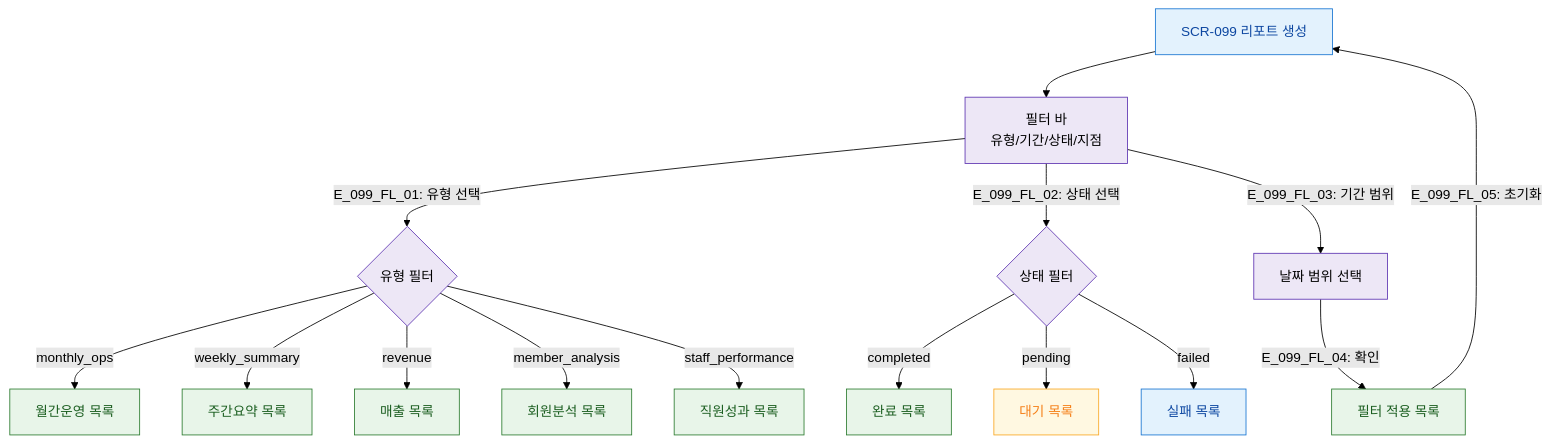
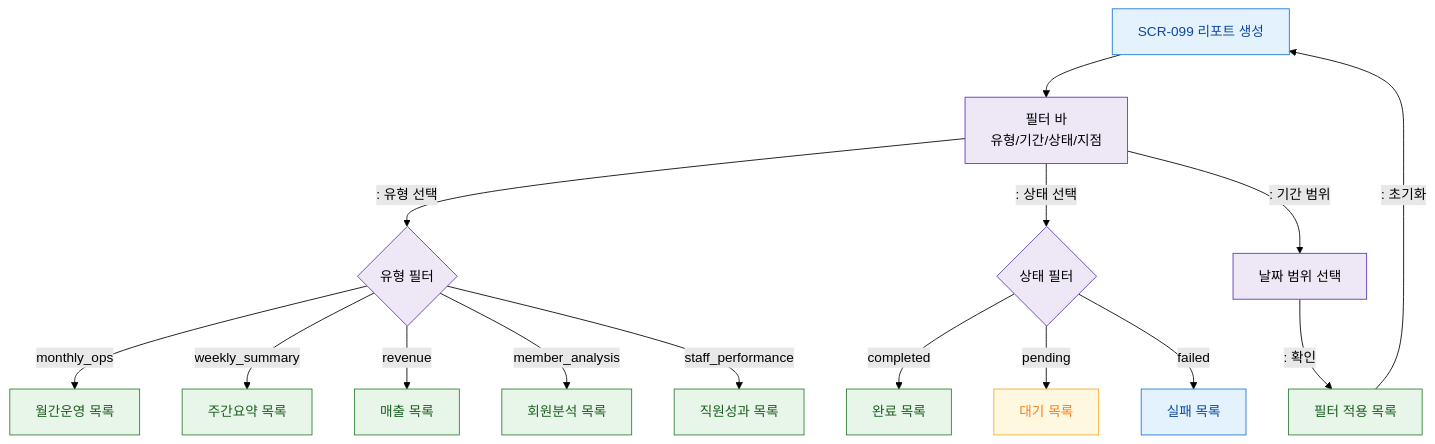
Before and after one commit to dev-spogym/admin-pando: the diagram in docs/다이어그램/D10_본사관리/SCR-099_리포트생성/F4_필터.md, drawn with Mermaid (forest theme). The commit also changed other lines of this file and 1660 other files, not shown here.

First line of the commit message:
다이어그램: 기획자/클라이언트 납품본으로 정리

````diff
--- a/docs/다이어그램/D10_본사관리/SCR-099_리포트생성/F4_필터.md
+++ b/docs/다이어그램/D10_본사관리/SCR-099_리포트생성/F4_필터.md
@@ -14,34 +12,34 @@
 ```mermaid
 flowchart TD
   SCR_099[SCR-099 리포트 생성]
 
   SCR_099 --> FilterBar[필터 바\n유형/기간/상태/지점]
 
-  FilterBar -->|"E_099_FL_01: 유형 선택"| TypeFilter{유형 필터}
-  TypeFilter -->|monthly_ops| F_Monthly[월간운영 목록]
-  TypeFilter -->|weekly_summary| F_Weekly[주간요약 목록]
-  TypeFilter -->|revenue| F_Revenue[매출 목록]
-  TypeFilter -->|member_analysis| F_Member[회원분석 목록]
-  TypeFilter -->|staff_performance| F_Staff[직원성과 목록]
+  FilterBar -->|": 유형 선택"|TypeFilter{유형 필터}
+  TypeFilter -->|monthly_ops|F_Monthly[월간운영 목록]
+  TypeFilter -->|weekly_summary|F_Weekly[주간요약 목록]
+  TypeFilter -->|revenue|F_Revenue[매출 목록]
+  TypeFilter -->|member_analysis|F_Member[회원분석 목록]
+  TypeFilter -->|staff_performance|F_Staff[직원성과 목록]
 
-  FilterBar -->|"E_099_FL_02: 상태 선택"| StatusFilter{상태 필터}
-  StatusFilter -->|completed| S_Done[완료 목록]
-  StatusFilter -->|pending| S_Pending[대기 목록]
-  StatusFilter -->|failed| S_Failed[실패 목록]
+  FilterBar -->|": 상태 선택"|StatusFilter{상태 필터}
+  StatusFilter -->|completed|S_Done[완료 목록]
+  StatusFilter -->|pending|S_Pending[대기 목록]
+  StatusFilter -->|failed|S_Failed[실패 목록]
 
-  FilterBar -->|"E_099_FL_03: 기간 범위"| DateFilter[날짜 범위 선택]
-  DateFilter -->|"E_099_FL_04: 확인"| FilteredList[필터 적용 목록]
+  FilterBar -->|": 기간 범위"|DateFilter[날짜 범위 선택]
+  DateFilter -->|": 확인"|FilteredList[필터 적용 목록]
 
-  FilteredList -->|"E_099_FL_05: 초기화"| SCR_099
+  FilteredList -->|": 초기화"|SCR_099
 
   classDef screen fill:#E3F2FD,stroke:#1976D2,color:#0D47A1
   classDef system fill:#EDE7F6,stroke:#5E35B2
   classDef success fill:#E8F5E9,stroke:#2E7D32,color:#1B5E20
   classDef warning fill:#FFF8E1,stroke:#F9A825,color:#F57F17
 
   class SCR_099 screen
   class FilterBar,TypeFilter,StatusFilter,DateFilter system
   class F_Monthly,F_Weekly,F_Revenue,F_Member,F_Staff,S_Done,FilteredList success
   class S_Pending warning
   class S_Failed screen
 ```
````
